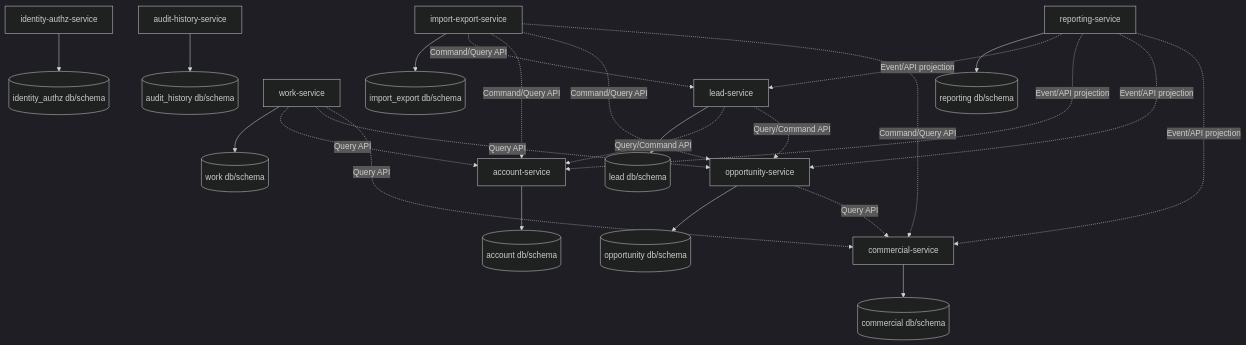
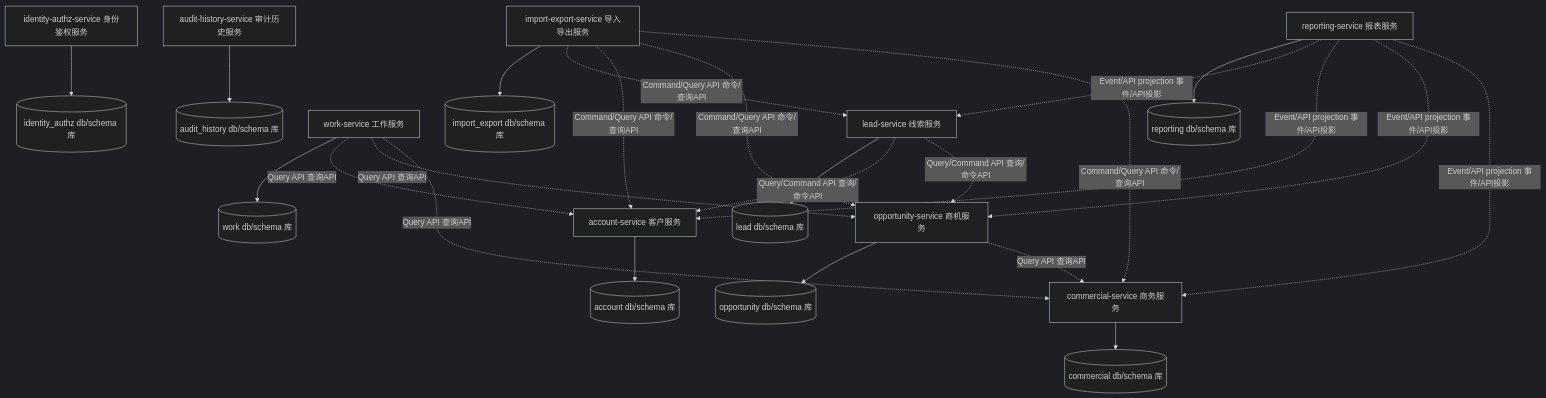
The second of 14 diagrams in docs/architecture/architecture.md (Neil996777/crm-system), drawn with Mermaid (dark theme) before and after one commit. The commit also changed other lines of this file and 33 other files, not shown here.

````diff
--- a/docs/architecture/architecture.md
+++ b/docs/architecture/architecture.md
@@ -165,27 +165,27 @@
 ```mermaid
 flowchart TB
-  Auth[identity-authz-service] --> AuthDB[(identity_authz db/schema)]
-  Lead[lead-service] --> LeadDB[(lead db/schema)]
-  Account[account-service] --> AccountDB[(account db/schema)]
-  Opp[opportunity-service] --> OppDB[(opportunity db/schema)]
-  Comm[commercial-service] --> CommDB[(commercial db/schema)]
-  Work[work-service] --> WorkDB[(work db/schema)]
-  Audit[audit-history-service] --> AuditDB[(audit_history db/schema)]
-  Report[reporting-service] --> ReportDB[(reporting db/schema)]
-  Import[import-export-service] --> ImportDB[(import_export db/schema)]
+  Auth[identity-authz-service 身份鉴权服务] --> AuthDB[(identity_authz db/schema 库)]
+  Lead[lead-service 线索服务] --> LeadDB[(lead db/schema 库)]
+  Account[account-service 客户服务] --> AccountDB[(account db/schema 库)]
+  Opp[opportunity-service 商机服务] --> OppDB[(opportunity db/schema 库)]
+  Comm[commercial-service 商务服务] --> CommDB[(commercial db/schema 库)]
+  Work[work-service 工作服务] --> WorkDB[(work db/schema 库)]
+  Audit[audit-history-service 审计历史服务] --> AuditDB[(audit_history db/schema 库)]
+  Report[reporting-service 报表服务] --> ReportDB[(reporting db/schema 库)]
+  Import[import-export-service 导入导出服务] --> ImportDB[(import_export db/schema 库)]
 
-  Lead -. Query/Command API .-> Account
-  Lead -. Query/Command API .-> Opp
-  Opp -. Query API .-> Comm
-  Work -. Query API .-> Account
-  Work -. Query API .-> Opp
-  Work -. Query API .-> Comm
-  Import -. Command/Query API .-> Lead
-  Import -. Command/Query API .-> Account
-  Import -. Command/Query API .-> Opp
-  Import -. Command/Query API .-> Comm
-  Report -. Event/API projection .-> Lead
-  Report -. Event/API projection .-> Account
-  Report -. Event/API projection .-> Opp
-  Report -. Event/API projection .-> Comm
+  Lead -. Query/Command API 查询/命令API .-> Account
+  Lead -. Query/Command API 查询/命令API .-> Opp
+  Opp -. Query API 查询API .-> Comm
+  Work -. Query API 查询API .-> Account
+  Work -. Query API 查询API .-> Opp
+  Work -. Query API 查询API .-> Comm
+  Import -. Command/Query API 命令/查询API .-> Lead
+  Import -. Command/Query API 命令/查询API .-> Account
+  Import -. Command/Query API 命令/查询API .-> Opp
+  Import -. Command/Query API 命令/查询API .-> Comm
+  Report -. Event/API projection 事件/API投影 .-> Lead
+  Report -. Event/API projection 事件/API投影 .-> Account
+  Report -. Event/API projection 事件/API投影 .-> Opp
+  Report -. Event/API projection 事件/API投影 .-> Comm
 ```
````
